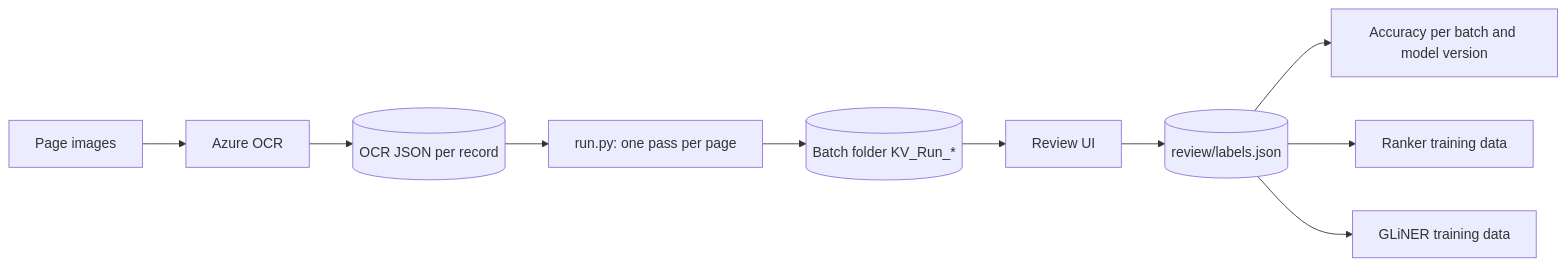
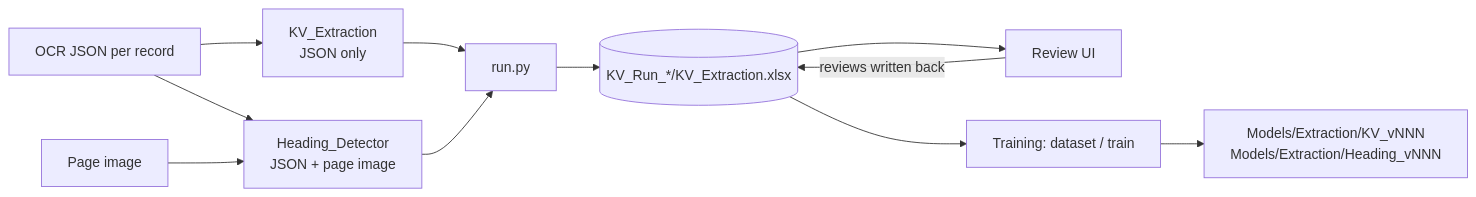
Before and after one commit to drajputEvernile/NER: the diagram in HOW_IT_WORKS.md, drawn with Mermaid. The commit also changed other lines of this file and 155 other files, not shown here.

````diff
--- a/HOW_IT_WORKS.md
+++ b/HOW_IT_WORKS.md
@@ -20,12 +19,13 @@
 ```mermaid
 flowchart LR
-    Img[Page images] --> OCR[Azure OCR]
-    OCR --> Json[(OCR JSON per record)]
-    Json --> Run[run.py: one pass per page]
-    Run --> Batch[(Batch folder KV_Run_*)]
-    Batch --> UI[Review UI]
-    UI --> Labels[(review/labels.json)]
-    Labels --> Acc[Accuracy per batch and model version]
-    Labels --> Ranker[Ranker training data]
-    Labels --> Ner[GLiNER training data]
+    OCR[OCR JSON per record] --> KV[KV_Extraction<br/>JSON only]
+    OCR --> HD[Heading_Detector<br/>JSON + page image]
+    Img[Page image] --> HD
+    KV --> Run[run.py]
+    HD --> Run
+    Run --> WB[(KV_Run_*/KV_Extraction.xlsx)]
+    WB --> UI[Review UI]
+    UI -->|reviews written back| WB
+    WB --> Train[Training: dataset / train]
+    Train --> Models[Models/Extraction/KV_vNNN<br/>Models/Extraction/Heading_vNNN]
 ```
````
